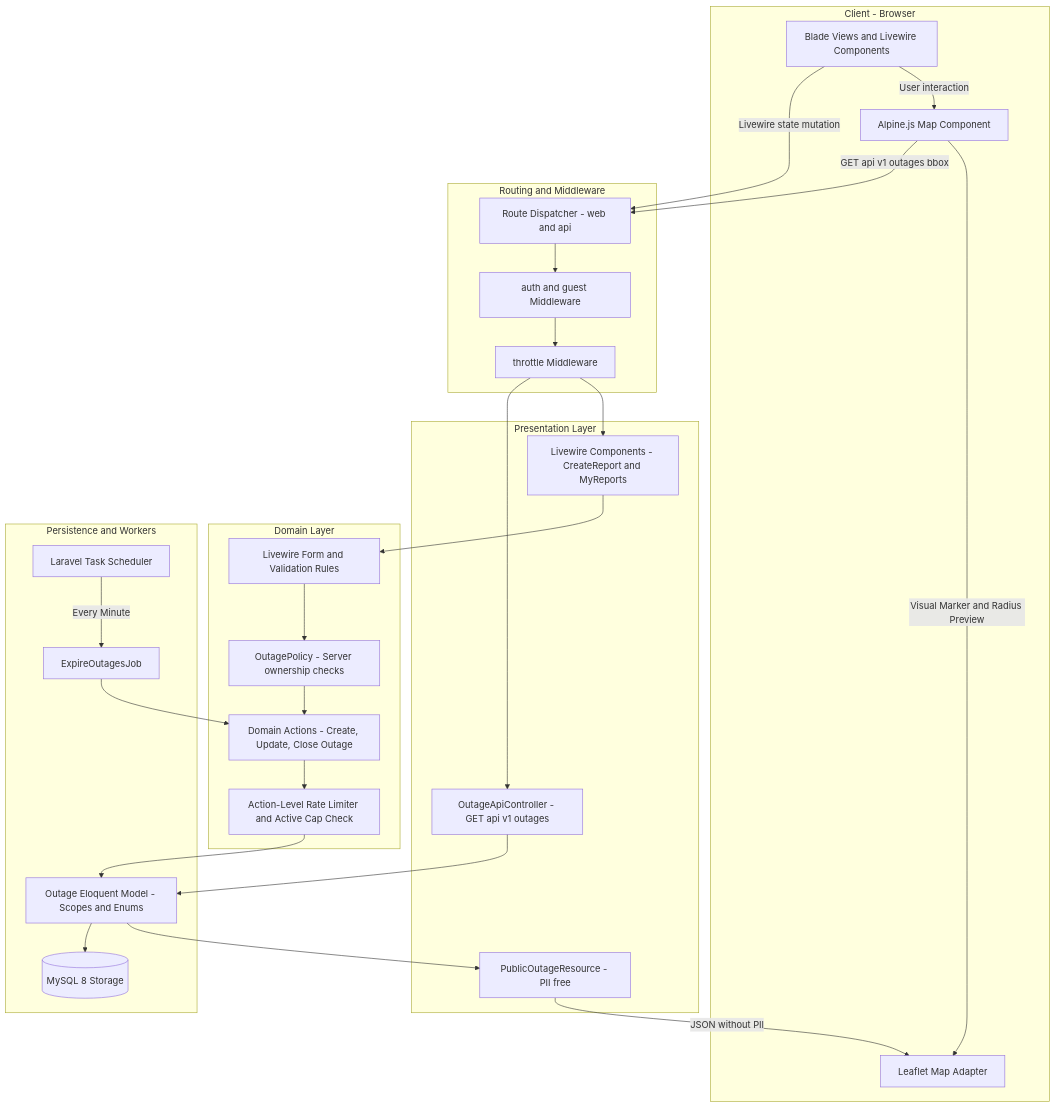
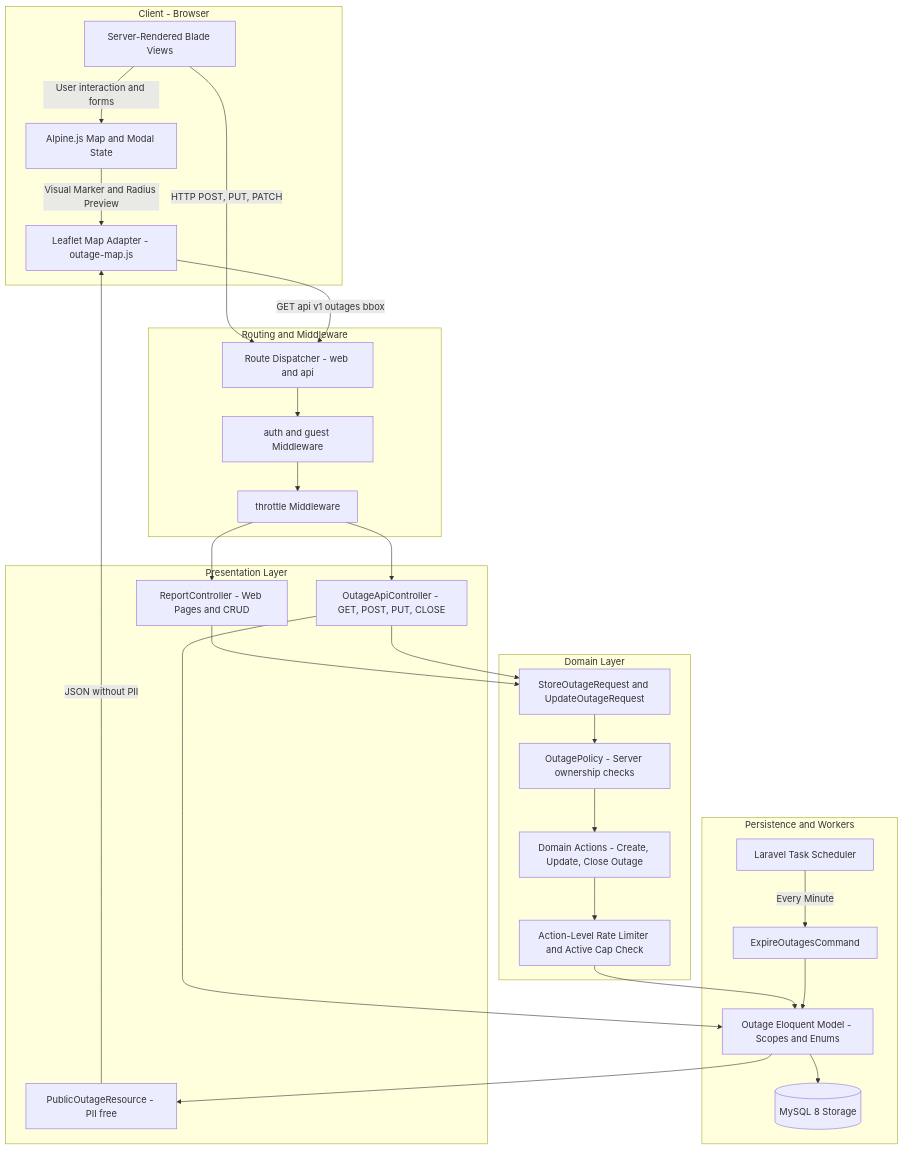
One commit to AlbertsH13/power-outage-map changed the second of 5 diagrams in ARCHITECTURE.md. Above: the diagram before and after it, drawn with Mermaid. The commit also changed other lines of this file and 17 other files, not shown here.

Commit message:
refactor: extract domain actions, implement outage editing, add error pages and align architecture documentation

````diff
--- a/ARCHITECTURE.md
+++ b/ARCHITECTURE.md
@@ -52,58 +52,59 @@
 ```mermaid
 flowchart TD
     subgraph Client ["Client - Browser"]
-        UI["Blade Views and Livewire Components"]
-        Alpine["Alpine.js Map Component"]
-        Adapter["Leaflet Map Adapter"]
+        UI["Server-Rendered Blade Views"]
+        Alpine["Alpine.js Map and Modal State"]
+        Adapter["Leaflet Map Adapter - outage-map.js"]
     end
 
     subgraph HTTP ["Routing and Middleware"]
         Route["Route Dispatcher - web and api"]
         AuthMid["auth and guest Middleware"]
         ThrottleMid["throttle Middleware"]
     end
 
     subgraph Presentation ["Presentation Layer"]
-        LWComponent["Livewire Components - CreateReport and MyReports"]
-        ApiController["OutageApiController - GET api v1 outages"]
+        ReportController["ReportController - Web Pages and CRUD"]
+        ApiController["OutageApiController - GET, POST, PUT, CLOSE"]
         Resource["PublicOutageResource - PII free"]
     end
 
     subgraph Domain ["Domain Layer"]
         Policy["OutagePolicy - Server ownership checks"]
-        FormRequest["Livewire Form and Validation Rules"]
+        FormRequest["StoreOutageRequest and UpdateOutageRequest"]
         Actions["Domain Actions - Create, Update, Close Outage"]
         ActionLimiter["Action-Level Rate Limiter and Active Cap Check"]
     end
 
     subgraph Persistence ["Persistence and Workers"]
         Model["Outage Eloquent Model - Scopes and Enums"]
         DB[("MySQL 8 Storage")]
-        Job["ExpireOutagesJob"]
+        Job["ExpireOutagesCommand"]
         SchedulerCron["Laravel Task Scheduler"]
     end
 
-    UI -->|"User interaction"| Alpine
+    UI -->|"User interaction and forms"| Alpine
     Alpine -->|"Visual Marker and Radius Preview"| Adapter
-    UI -->|"Livewire state mutation"| Route
-    Alpine -->|"GET api v1 outages bbox"| Route
+    UI -->|"HTTP POST, PUT, PATCH"| Route
+    Adapter -->|"GET api v1 outages bbox"| Route
 
     Route --> AuthMid
     AuthMid --> ThrottleMid
-    ThrottleMid --> LWComponent
+    ThrottleMid --> ReportController
     ThrottleMid --> ApiController
 
     ApiController --> Model
     Model --> Resource
     Resource -->|"JSON without PII"| Adapter
 
-    LWComponent --> FormRequest
+    ReportController --> FormRequest
+    ApiController --> FormRequest
     FormRequest --> Policy
     Policy --> Actions
     Actions --> ActionLimiter
     ActionLimiter --> Model
     Model --> DB
 
     SchedulerCron -->|"Every Minute"| Job
-    Job --> Actions
+    Job --> Model
 ```
````
